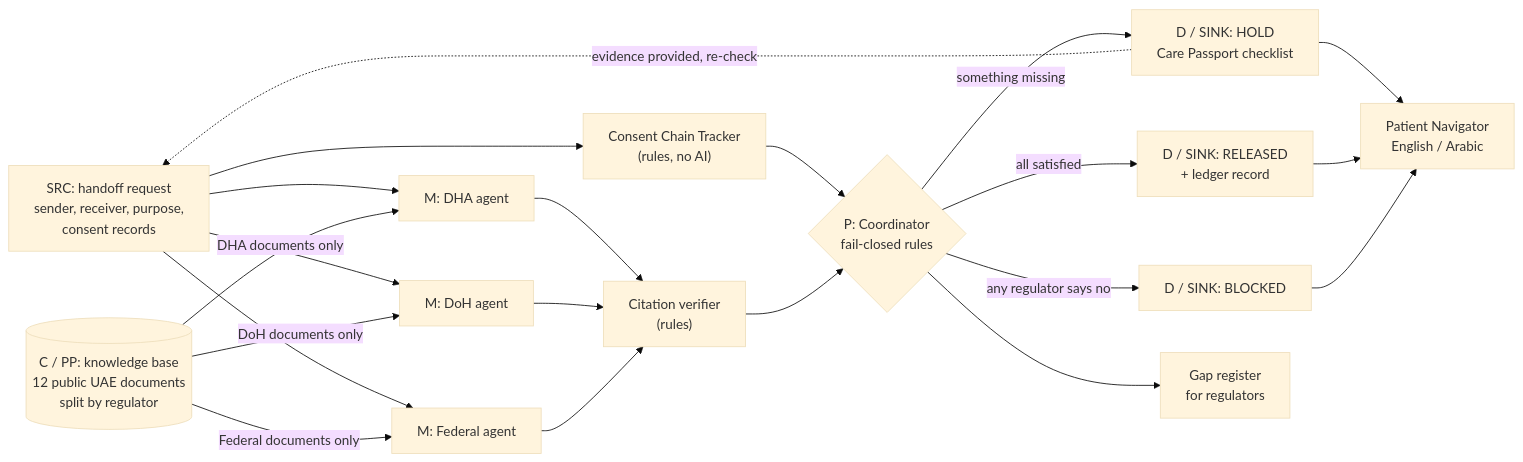
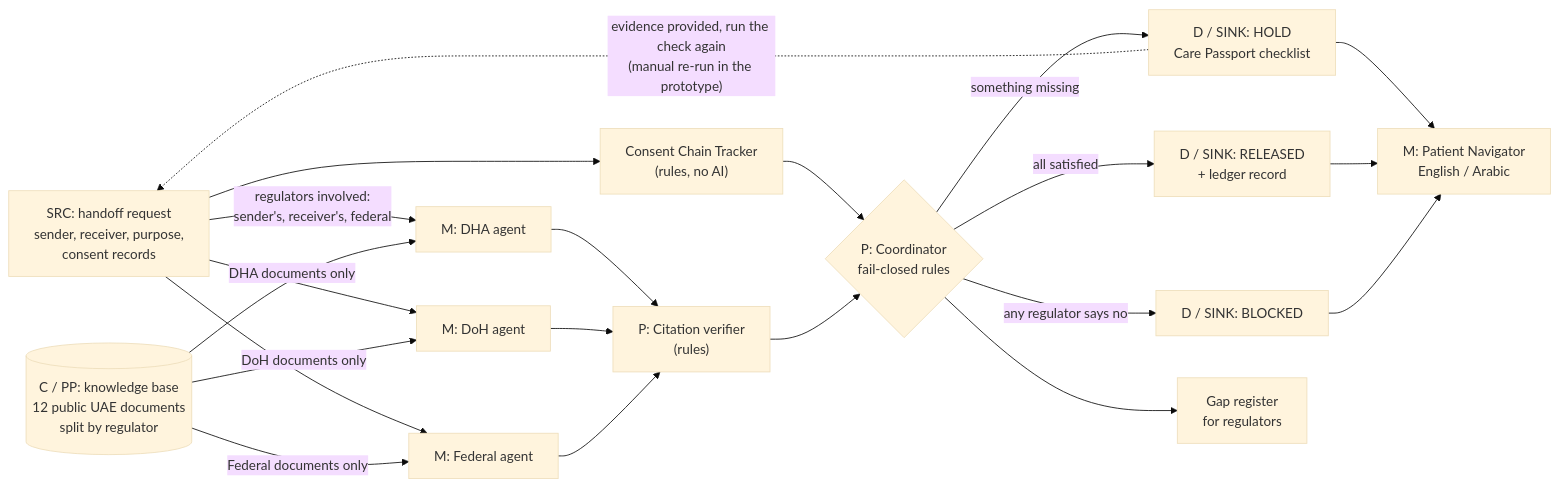
The diagram in README.md (Growinggiant576/Sovereignguard), drawn with Mermaid (base theme) before and after one commit. The commit also changed other lines of this file and 1 other file, not shown here.

````diff
--- a/README.md
+++ b/README.md
@@ -15,24 +15,24 @@
 ```mermaid
 flowchart LR
     REQ["SRC: handoff request<br/>sender, receiver, purpose,<br/>consent records"] --> CT["Consent Chain Tracker<br/>(rules, no AI)"]
     KB[("C / PP: knowledge base<br/>12 public UAE documents<br/>split by regulator")]
-    REQ --> DHA["M: DHA agent"]
+    REQ -- "regulators involved:<br/>sender's, receiver's, federal" --> DHA["M: DHA agent"]
     REQ --> DOH["M: DoH agent"]
     REQ --> FED["M: Federal agent"]
     KB -- "DHA documents only" --> DHA
     KB -- "DoH documents only" --> DOH
     KB -- "Federal documents only" --> FED
-    DHA --> CV["Citation verifier<br/>(rules)"]
+    DHA --> CV["P: Citation verifier<br/>(rules)"]
     DOH --> CV
     FED --> CV
     CT --> CO{"P: Coordinator<br/>fail-closed rules"}
     CV --> CO
     CO -- "all satisfied" --> REL["D / SINK: RELEASED<br/>+ ledger record"]
     CO -- "something missing" --> HOLD["D / SINK: HOLD<br/>Care Passport checklist"]
     CO -- "any regulator says no" --> BLK["D / SINK: BLOCKED"]
     CO --> GAP["Gap register<br/>for regulators"]
-    HOLD --> NAV["Patient Navigator<br/>English / Arabic"]
+    HOLD --> NAV["M: Patient Navigator<br/>English / Arabic"]
     REL --> NAV
     BLK --> NAV
-    HOLD -. "evidence provided, re-check" .-> REQ
+    HOLD -. "evidence provided, run the check again<br/>(manual re-run in the prototype)" .-> REQ
 ```
````
